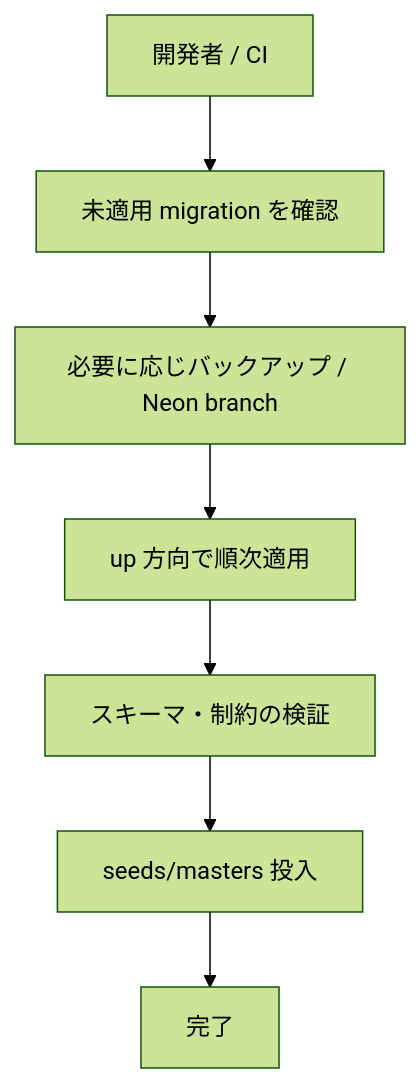
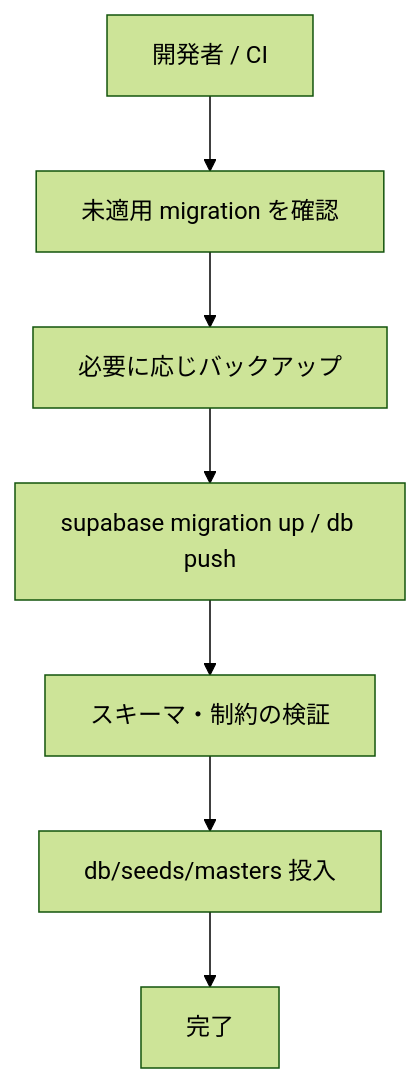
One commit to ryo-chan-k6/GiftRecommendAPP_MVP_CYCLE_3 changed the second of 2 diagrams in docs/06_実装設計/database/マイグレーション方針書.md. Above: the diagram before and after it, drawn with Mermaid (forest theme). The commit also changed other lines of this file and 3 other files, not shown here.

````diff
--- a/docs/06_実装設計/database/マイグレーション方針書.md
+++ b/docs/06_実装設計/database/マイグレーション方針書.md
@@ -224,12 +268,12 @@
 ```mermaid
 flowchart TD
   start["開発者 / CI"]
   check["未適用 migration を確認"]
-  backup["必要に応じバックアップ / Neon branch"]
-  apply["up 方向で順次適用"]
+  backup["必要に応じバックアップ"]
+  apply["supabase migration up / db push"]
   verify["スキーマ・制約の検証"]
-  seed["seeds/masters 投入"]
+  seed["db/seeds/masters 投入"]
   done["完了"]
 
   start --> check --> backup --> apply --> verify --> seed --> done
 ```
````
